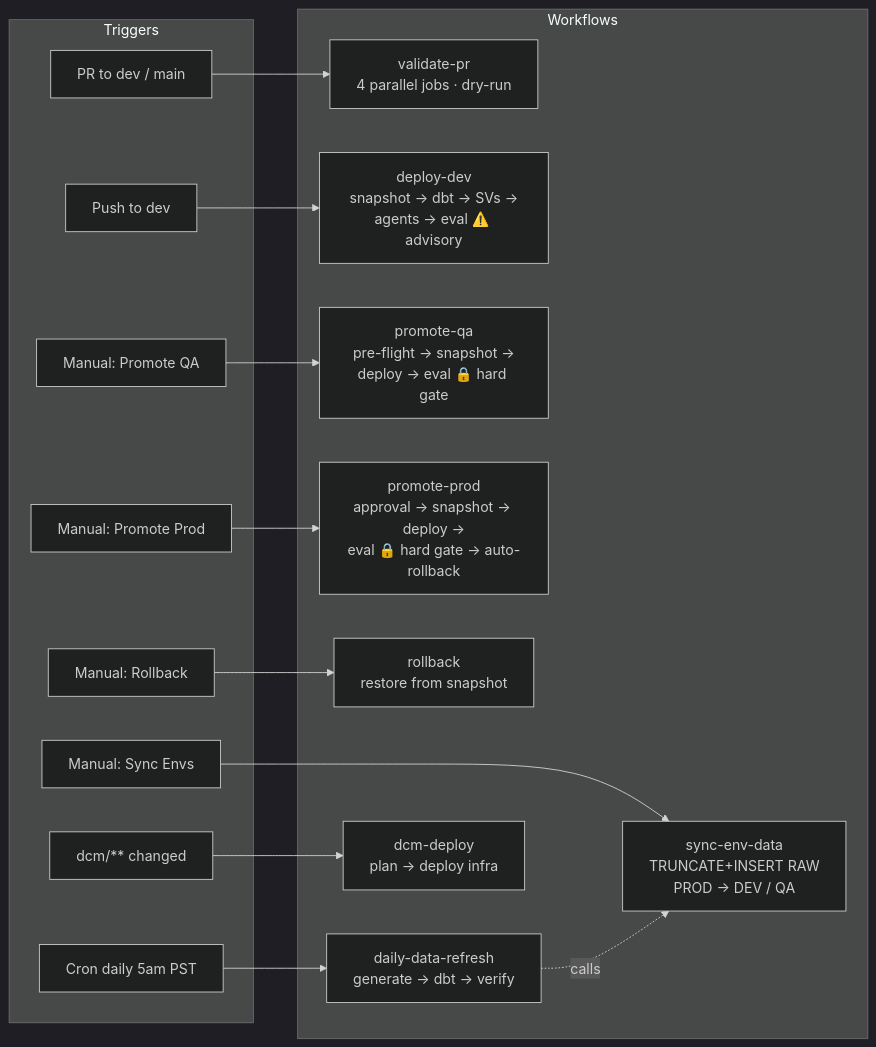
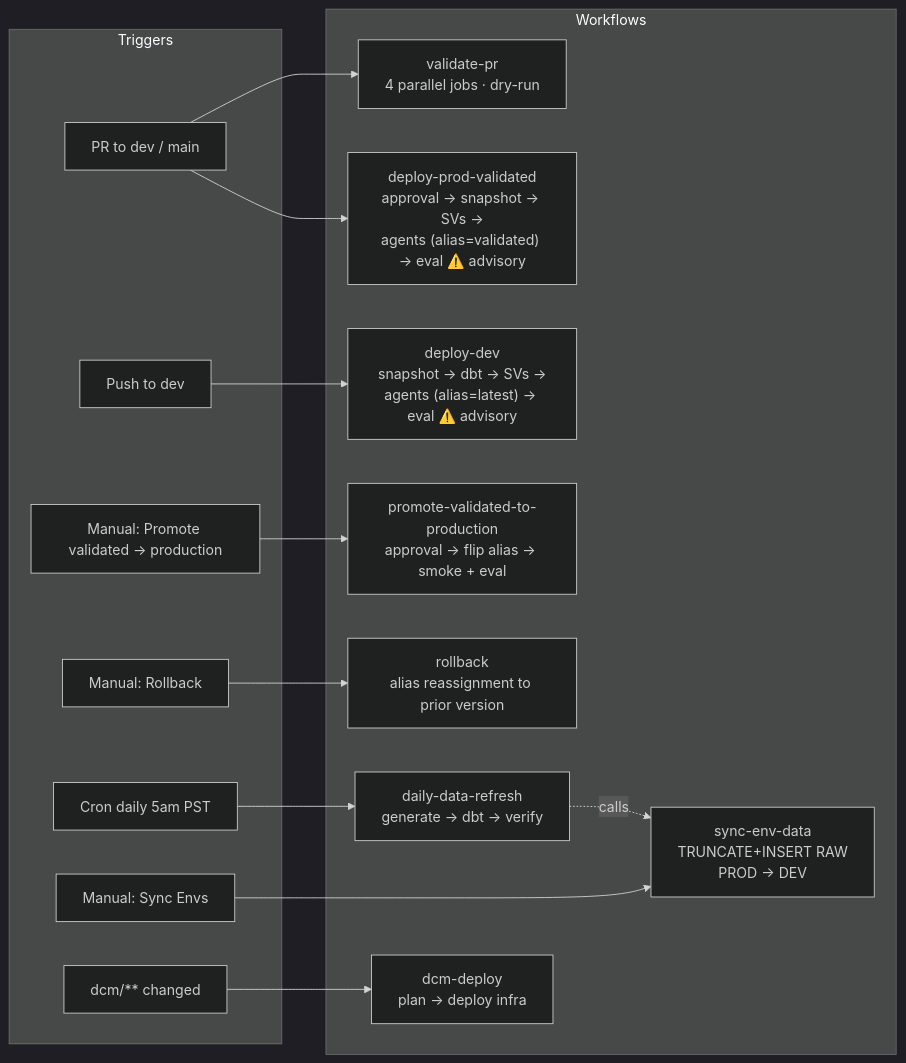
The second of 3 diagrams in README.md (Jeremy-Demlow/AgentMangement), drawn with Mermaid (dark theme) before and after one commit. The commit also changed other lines of this file and 4 other files, not shown here.

First line of the commit message:
chore(grooming): align docs to validated-alias model (REQ-016)

````diff
--- a/README.md
+++ b/README.md
@@ -221,34 +218,33 @@
 ```mermaid
 flowchart LR
     subgraph triggers ["Triggers"]
         PR["PR to dev / main"]
         PushDev["Push to dev"]
-        ManualQA["Manual: Promote QA"]
-        ManualProd["Manual: Promote Prod"]
+        ManualPromote["Manual: Promote validated → production"]
         ManualRB["Manual: Rollback"]
         Cron["Cron daily 5am PST"]
         ManualSync["Manual: Sync Envs"]
         DCMChange["dcm/** changed"]
     end
 
     subgraph workflows ["Workflows"]
         ValidatePR["validate-pr\n4 parallel jobs · dry-run"]
-        DeployDev["deploy-dev\nsnapshot → dbt → SVs →\nagents → eval ⚠️ advisory"]
-        PromoteQA["promote-qa\npre-flight → snapshot →\ndeploy → eval 🔒 hard gate"]
-        PromoteProd["promote-prod\napproval → snapshot → deploy →\neval 🔒 hard gate → auto-rollback"]
-        Rollback["rollback\nrestore from snapshot"]
+        DeployDev["deploy-dev\nsnapshot → dbt → SVs →\nagents (alias=latest) → eval ⚠️ advisory"]
+        DeployProdValidated["deploy-prod-validated\napproval → snapshot → SVs →\nagents (alias=validated) → eval ⚠️ advisory"]
+        PromoteValidated["promote-validated-to-production\napproval → flip alias → smoke + eval"]
+        Rollback["rollback\nalias reassignment to prior version"]
         DataRefresh["daily-data-refresh\ngenerate → dbt → verify"]
-        SyncEnv["sync-env-data\nTRUNCATE+INSERT RAW\nPROD → DEV / QA"]
+        SyncEnv["sync-env-data\nTRUNCATE+INSERT RAW\nPROD → DEV"]
         DCMDeploy["dcm-deploy\nplan → deploy infra"]
     end
 
     PR --> ValidatePR
     PushDev --> DeployDev
-    ManualQA --> PromoteQA
-    ManualProd --> PromoteProd
+    PR --> DeployProdValidated
+    ManualPromote --> PromoteValidated
     ManualRB --> Rollback
     Cron --> DataRefresh
     ManualSync --> SyncEnv
     DCMChange --> DCMDeploy
     DataRefresh -.->|calls| SyncEnv
 ```
````
